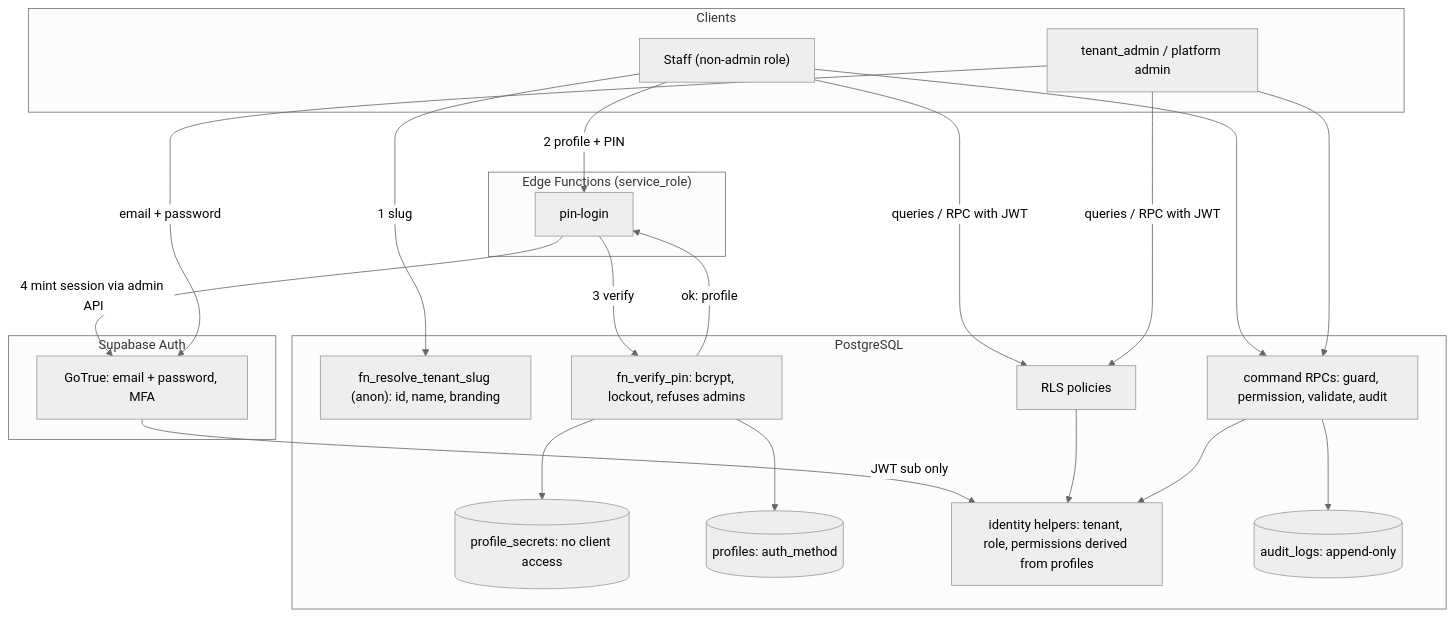
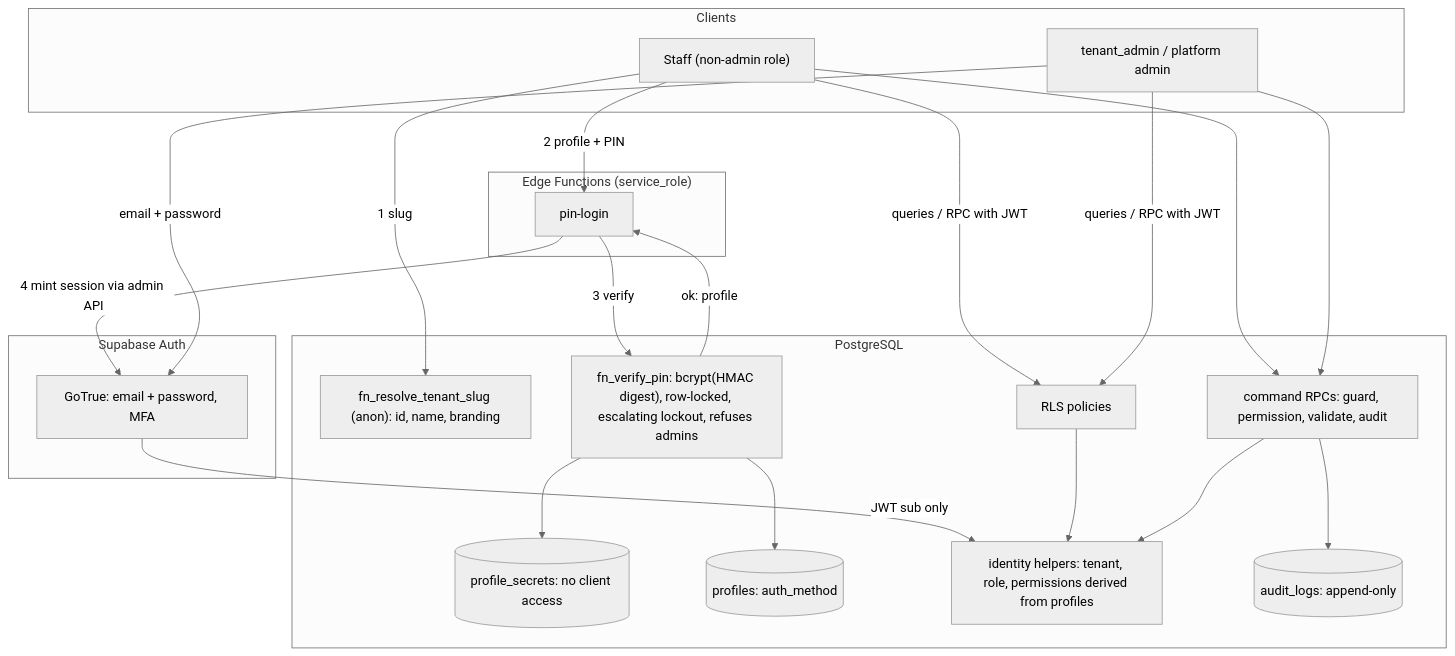
Before and after one commit to eskabdi/cafe-os: the second of 3 diagrams in docs/architecture/dfd.md, drawn with Mermaid (neutral theme). The commit also changed other lines of this file and 18 other files, not shown here.

````diff
--- a/docs/architecture/dfd.md
+++ b/docs/architecture/dfd.md
@@ -27,39 +27,39 @@
 ```mermaid
 flowchart TD
     subgraph Clients
         A["Staff (non-admin role)"]
         B["tenant_admin / platform admin"]
     end
     subgraph Edge["Edge Functions (service_role)"]
         P["pin-login"]
     end
     subgraph Auth["Supabase Auth"]
         GT["GoTrue: email + password, MFA"]
     end
     subgraph DB["PostgreSQL"]
         R["fn_resolve_tenant_slug (anon): id, name, branding"]
-        V["fn_verify_pin: bcrypt, lockout, refuses admins"]
+        V["fn_verify_pin: bcrypt(HMAC digest), row-locked, escalating lockout, refuses admins"]
         S[("profile_secrets: no client access")]
         PR[("profiles: auth_method")]
         H["identity helpers: tenant, role, permissions derived from profiles"]
         RLS["RLS policies"]
         RPC["command RPCs: guard, permission, validate, audit"]
         AU[("audit_logs: append-only")]
     end
     A -->|1 slug| R
     A -->|2 profile + PIN| P
     P -->|3 verify| V
     V --> S
     V --> PR
     V -->|ok: profile| P
     P -->|4 mint session via admin API| GT
     B -->|email + password| GT
     GT -->|JWT sub only| H
     A -->|queries / RPC with JWT| RLS
     B -->|queries / RPC with JWT| RLS
     RLS --> H
     A --> RPC
     B --> RPC
     RPC --> H
     RPC --> AU
 ```
````
